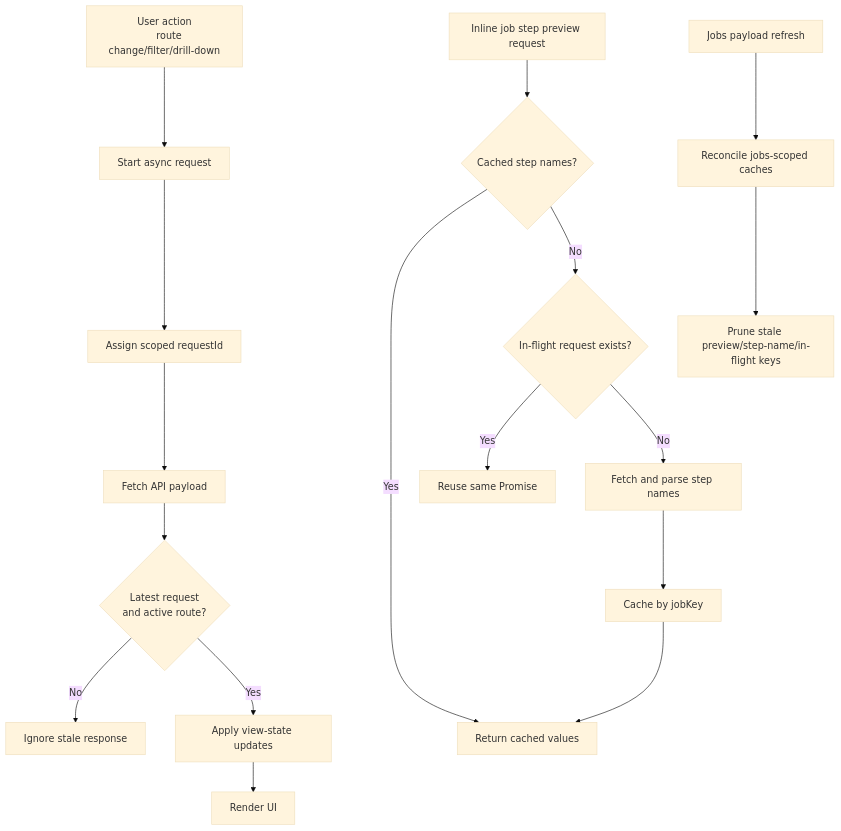
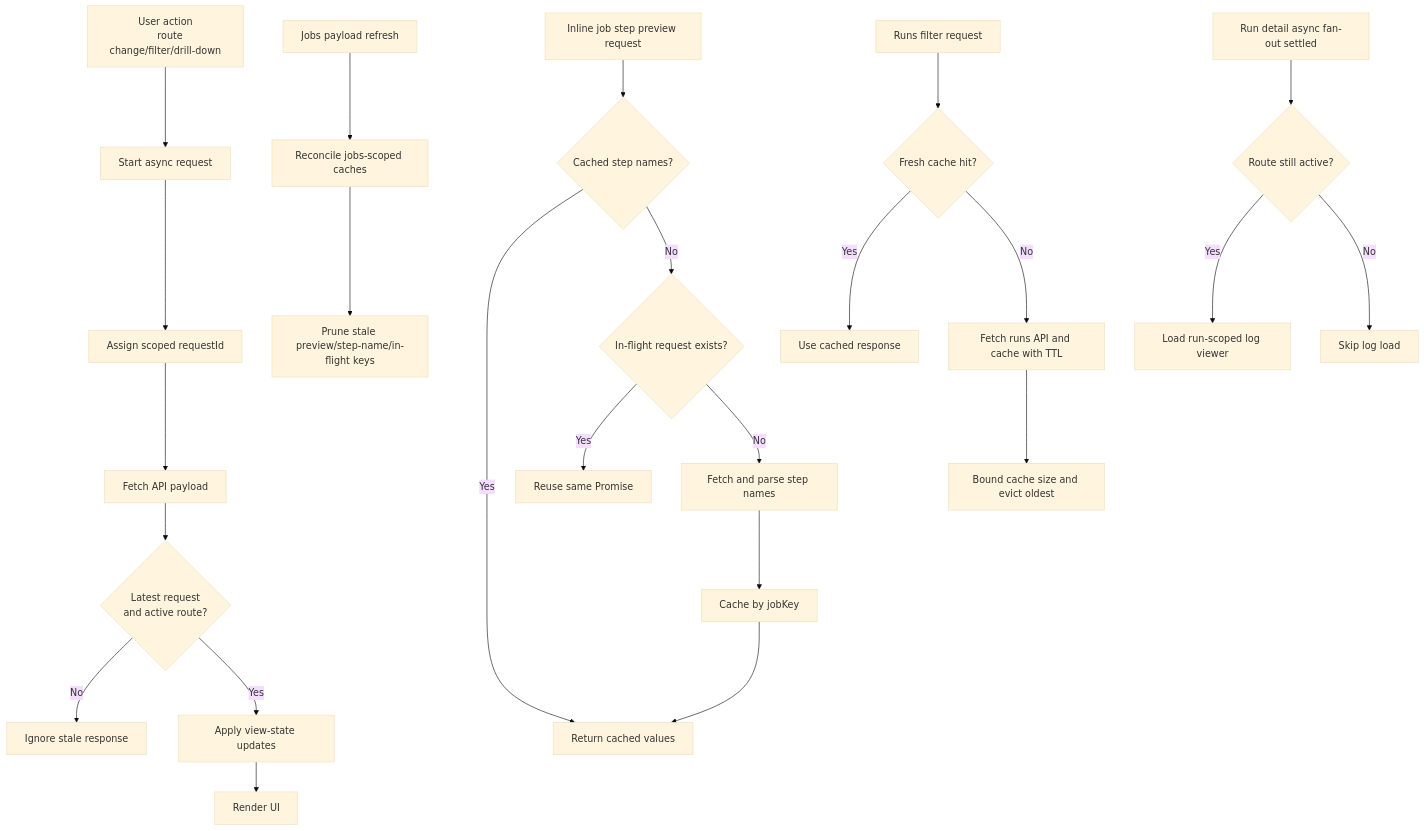
The diagram in docs/architecture/operator-ui/monitoring-shell-runtime-hardening.md (kbalanandam/spring-etl-engine), drawn with Mermaid (base theme) before and after one commit. The commit also changed other lines of this file and 2 other files, not shown here.

Commit message:
Harden runs filter caching and route-safe run detail log loading

````diff
--- a/docs/architecture/operator-ui/monitoring-shell-runtime-hardening.md
+++ b/docs/architecture/operator-ui/monitoring-shell-runtime-hardening.md
@@ -19,23 +21,32 @@
 ```mermaid
 flowchart TD
     A[User action
     route change/filter/drill-down] --> B[Start async request]
     B --> C[Assign scoped requestId]
     C --> D[Fetch API payload]
     D --> E{Latest request
     and active route?}
     E -- No --> F[Ignore stale response]
     E -- Yes --> G[Apply view-state updates]
     G --> H[Render UI]
 
     I[Inline job step preview request] --> J{Cached step names?}
     J -- Yes --> K[Return cached values]
     J -- No --> L{In-flight request exists?}
     L -- Yes --> M[Reuse same Promise]
     L -- No --> N[Fetch and parse step names]
     N --> O[Cache by jobKey]
     O --> K
 
     P[Jobs payload refresh] --> Q[Reconcile jobs-scoped caches]
     Q --> R[Prune stale preview/step-name/in-flight keys]
+
+    S[Runs filter request] --> T{Fresh cache hit?}
+    T -- Yes --> U[Use cached response]
+    T -- No --> V[Fetch runs API and cache with TTL]
+    V --> W[Bound cache size and evict oldest]
+
+    X[Run detail async fan-out settled] --> Y{Route still active?}
+    Y -- Yes --> Z[Load run-scoped log viewer]
+    Y -- No --> AA[Skip log load]
 ```
````
